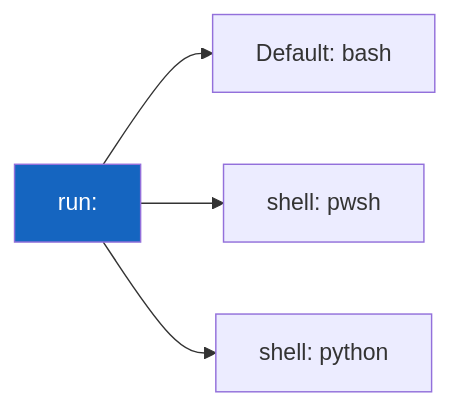
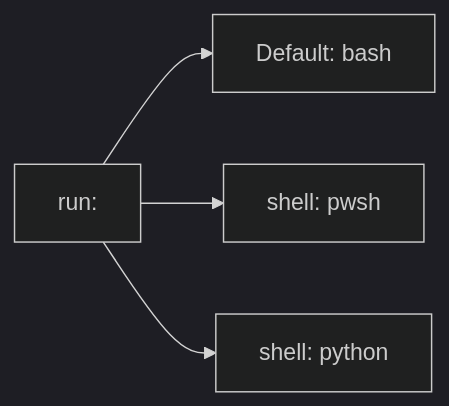
Before and after one commit to vishutyagi0210/github-ci-cd-with-labs: the second of 4 diagrams in 02-step-types/README.md, drawn with Mermaid. The commit also changed other lines of this file and 13 other files, not shown here.

Commit message:
fix: switch all mermaid diagrams to dark theme for better readability

````diff
--- a/02-step-types/README.md
+++ b/02-step-types/README.md
@@ -58,8 +52,8 @@
 ```mermaid
+%%{init: {"theme": "dark"}}%%
 graph LR
     R["run:"] --> SHELL["Default: bash"]
     R --> PS["shell: pwsh"]
     R --> PY["shell: python"]
 
-    style R fill:#1565c0,color:#fff
 ```
````
